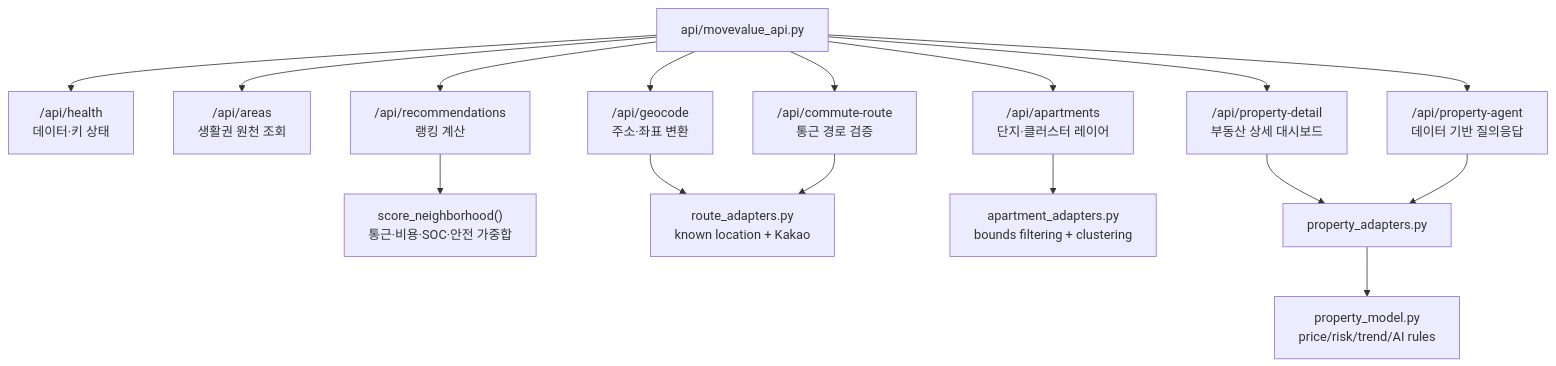
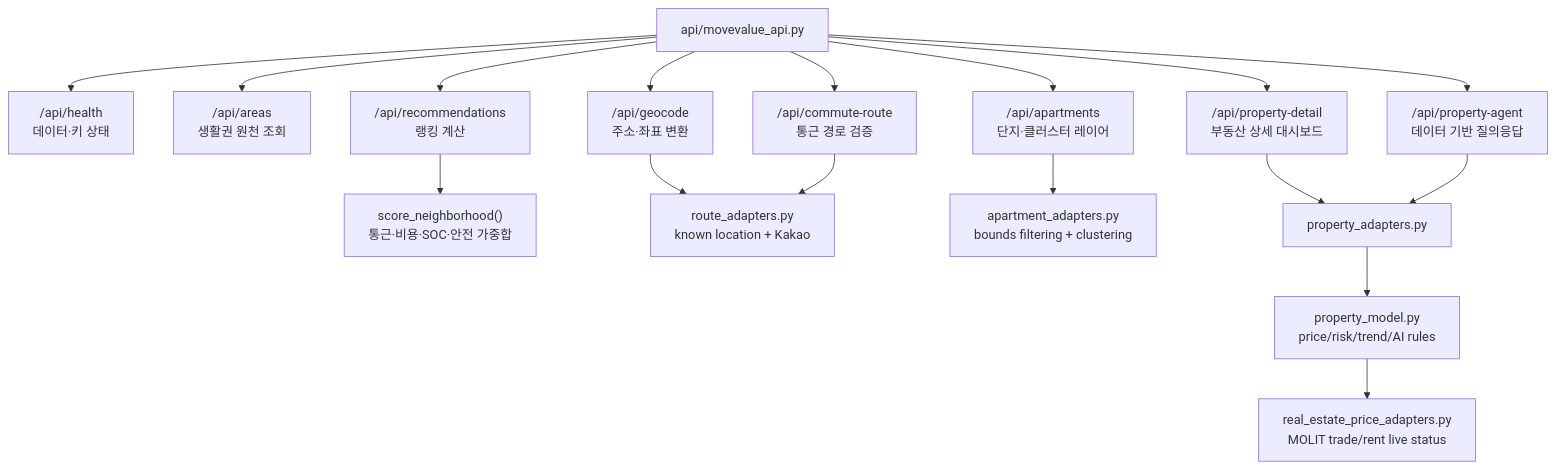
The third of 5 diagrams in architecture/system-architecture.md (LSB-afk/-Future-Value-Level-up-Challenge-), drawn with Mermaid before and after one commit. The commit also changed other lines of this file and 22 other files, not shown here.

````diff
--- a/architecture/system-architecture.md
+++ b/architecture/system-architecture.md
@@ -67,21 +70,22 @@
 ```mermaid
 flowchart TB
     Router["api/movevalue_api.py"]
 
     Router --> Health["/api/health<br/>데이터·키 상태"]
     Router --> AreasApi["/api/areas<br/>생활권 원천 조회"]
     Router --> RecApi["/api/recommendations<br/>랭킹 계산"]
     Router --> GeoApi["/api/geocode<br/>주소·좌표 변환"]
     Router --> CommuteApi["/api/commute-route<br/>통근 경로 검증"]
     Router --> AptApi["/api/apartments<br/>단지·클러스터 레이어"]
     Router --> DetailApi["/api/property-detail<br/>부동산 상세 대시보드"]
     Router --> AgentApi["/api/property-agent<br/>데이터 기반 질의응답"]
 
     RecApi --> Score["score_neighborhood()<br/>통근·비용·SOC·안전 가중합"]
     GeoApi --> RouteAdapters["route_adapters.py<br/>known location + Kakao"]
     CommuteApi --> RouteAdapters
     AptApi --> ApartmentAdapters["apartment_adapters.py<br/>bounds filtering + clustering"]
     DetailApi --> PropertyAdapters["property_adapters.py"]
     AgentApi --> PropertyAdapters
     PropertyAdapters --> PropertyModel["property_model.py<br/>price/risk/trend/AI rules"]
+    PropertyModel --> PriceAdapters["real_estate_price_adapters.py<br/>MOLIT trade/rent live status"]
 ```
````
